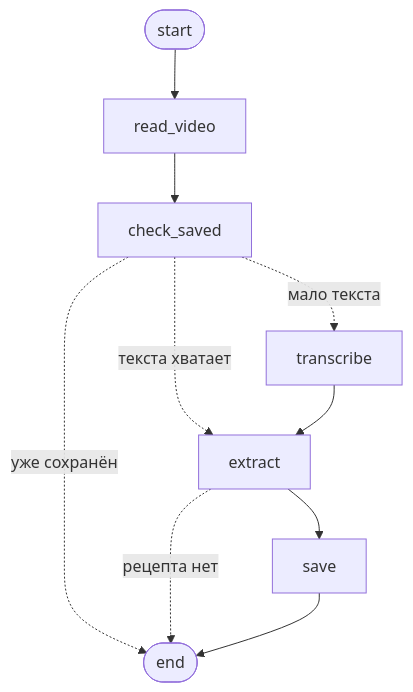
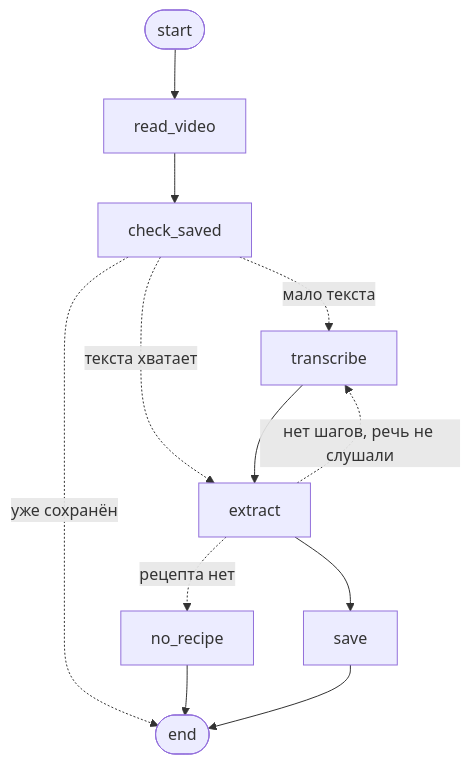
One commit to teoofrast/recipe-bot-backend changed the diagram in README.md. Above: the diagram before and after it, drawn with Mermaid. The commit also changed other lines of this file and 10 other files, not shown here.

````diff
--- a/README.md
+++ b/README.md
@@ -84,12 +84,14 @@
 ```mermaid
 graph TD;
 	__start__([start]) --> read_video;
 	read_video --> check_saved;
 	check_saved -. уже сохранён .-> __end__([end]);
 	check_saved -. мало текста .-> transcribe;
 	check_saved -. текста хватает .-> extract;
 	transcribe --> extract;
-	extract -. рецепта нет .-> __end__;
+	extract -. нет шагов, речь не слушали .-> transcribe;
+	extract -. рецепта нет .-> no_recipe;
 	extract --> save;
+	no_recipe --> __end__;
 	save --> __end__;
 ```
````
